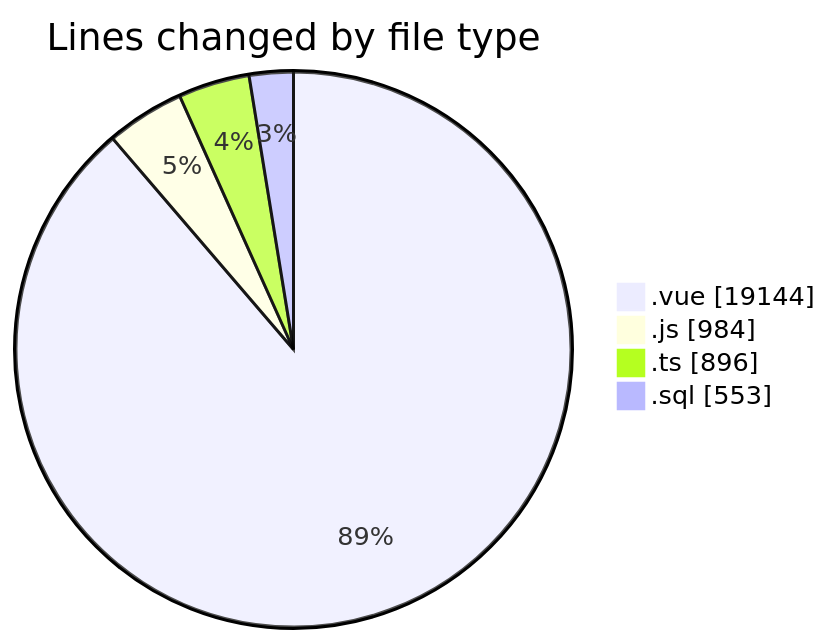
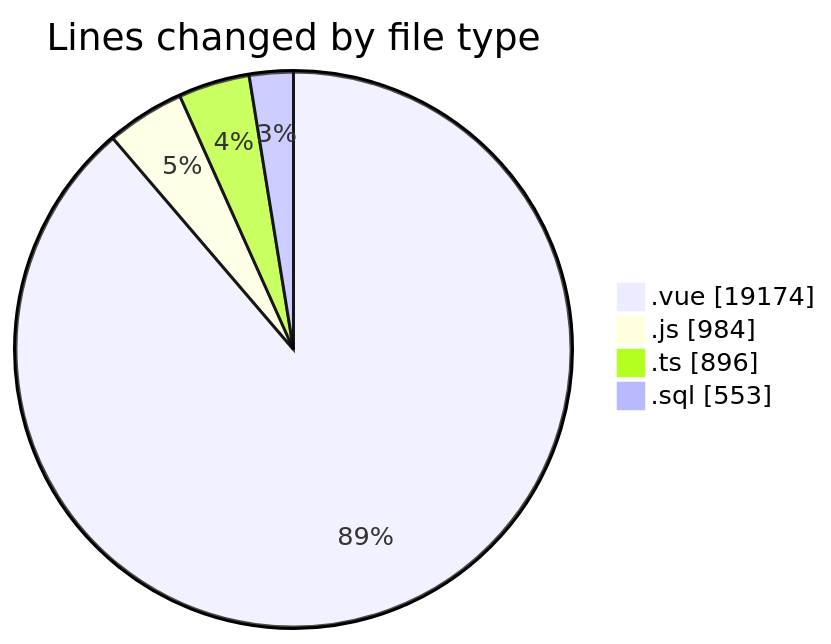
Before and after one commit to lephambinh05/code-tracking: the first of 2 diagrams in 2025-08-13/rentotp/README.md, drawn with Mermaid. The commit also changed other lines of this file and 1 other file, not shown here.

````diff
--- a/2025-08-13/rentotp/README.md
+++ b/2025-08-13/rentotp/README.md
@@ -42,8 +42,8 @@
 ```mermaid
 pie showData
 title Lines changed by file type
-".vue" : 19144
+".vue" : 19174
 ".js" : 984
 ".ts" : 896
 ".sql" : 553
 ```
````
